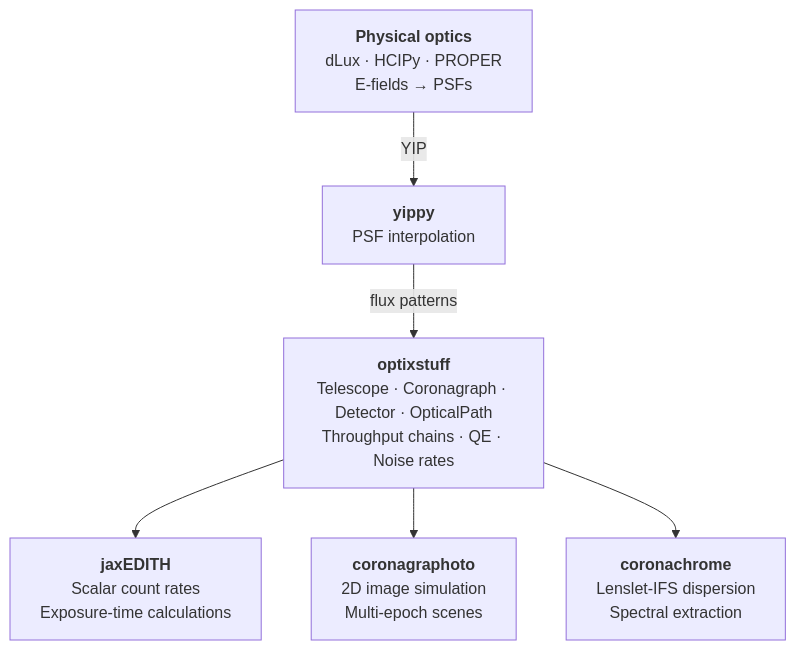
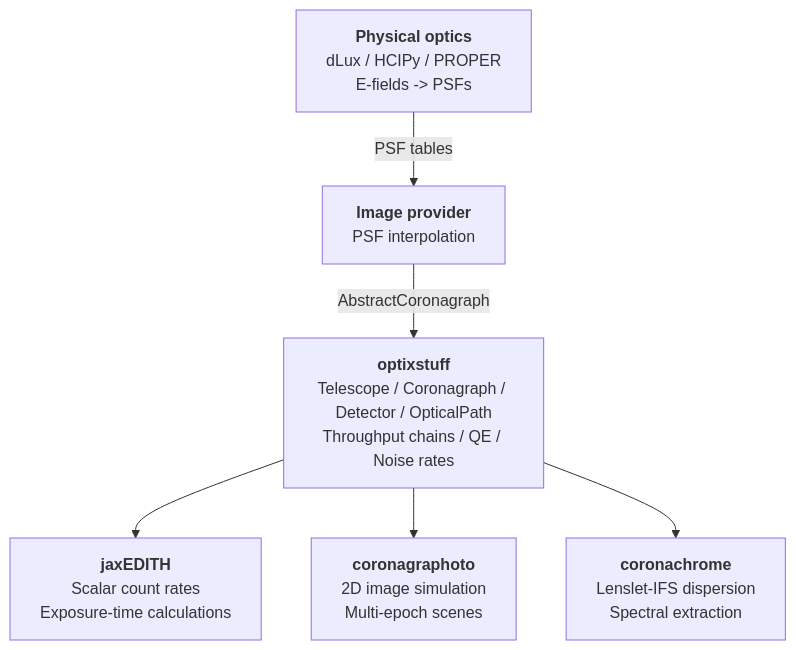
The diagram in README.md (CoreySpohn/optixstuff), drawn with Mermaid before and after one commit. The commit also changed other lines of this file and 20 other files, not shown here.

````diff
--- a/README.md
+++ b/README.md
@@ -137,15 +137,15 @@
 ```mermaid
 flowchart TB
-    physopt["<b>Physical optics</b><br/>dLux · HCIPy · PROPER<br/>E-fields → PSFs"]
-    yippy["<b>yippy</b><br/>PSF interpolation"]
-    optix["<b>optixstuff</b><br/>Telescope · Coronagraph · Detector · OpticalPath<br/>Throughput chains · QE · Noise rates"]
+    physopt["<b>Physical optics</b><br/>dLux / HCIPy / PROPER<br/>E-fields -> PSFs"]
+    provider["<b>Image provider</b><br/>PSF interpolation"]
+    optix["<b>optixstuff</b><br/>Telescope / Coronagraph / Detector / OpticalPath<br/>Throughput chains / QE / Noise rates"]
     jaxedith["<b>jaxEDITH</b><br/>Scalar count rates<br/>Exposure-time calculations"]
     corono["<b>coronagraphoto</b><br/>2D image simulation<br/>Multi-epoch scenes"]
     coronachrome["<b>coronachrome</b><br/>Lenslet-IFS dispersion<br/>Spectral extraction"]
 
-    physopt -- YIP --> yippy
-    yippy -- flux patterns --> optix
+    physopt -- PSF tables --> provider
+    provider -- AbstractCoronagraph --> optix
     optix --> jaxedith
     optix --> corono
     optix --> coronachrome
 ```
````
